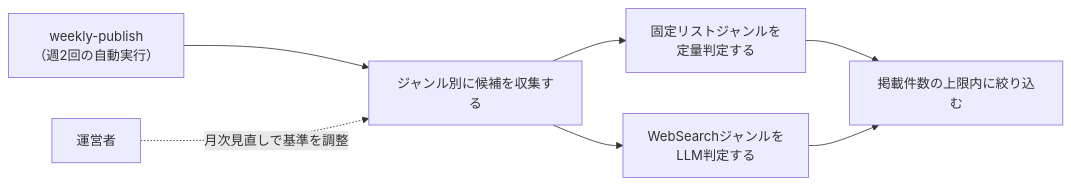
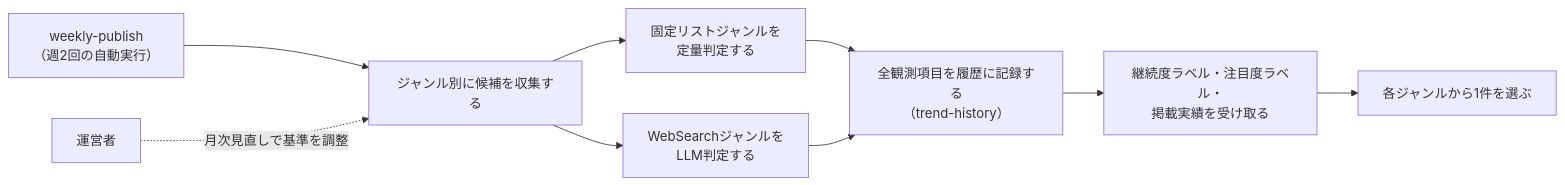
Before and after one commit to zakiyama0108/benriyatool: the diagram in specs/trend-digest/content-selection/requirements.md, drawn with Mermaid. The commit also changed other lines of this file and 21 other files, not shown here.

````diff
--- a/specs/trend-digest/content-selection/requirements.md
+++ b/specs/trend-digest/content-selection/requirements.md
@@ -17,16 +20,20 @@
 ```mermaid
 flowchart LR
     operator["運営者"]
     weeklyPublish["weekly-publish<br>（週2回の自動実行）"]
     selectGenres["ジャンル別に候補を収集する"]
     judgeFixed["固定リストジャンルを<br>定量判定する"]
     judgeSearch["WebSearchジャンルを<br>LLM判定する"]
-    capTopics["掲載件数の上限内に絞り込む"]
+    recordHistory["全観測項目を履歴に記録する<br>（trend-history）"]
+    judgeLabels["継続度ラベル・注目度ラベル・<br>掲載実績を受け取る"]
+    pickOne["各ジャンルから1件を選ぶ"]
 
     weeklyPublish --> selectGenres
     selectGenres --> judgeFixed
     selectGenres --> judgeSearch
-    judgeFixed --> capTopics
-    judgeSearch --> capTopics
+    judgeFixed --> recordHistory
+    judgeSearch --> recordHistory
+    recordHistory --> judgeLabels
+    judgeLabels --> pickOne
     operator -.->|月次見直しで基準を調整| selectGenres
 ```
````
